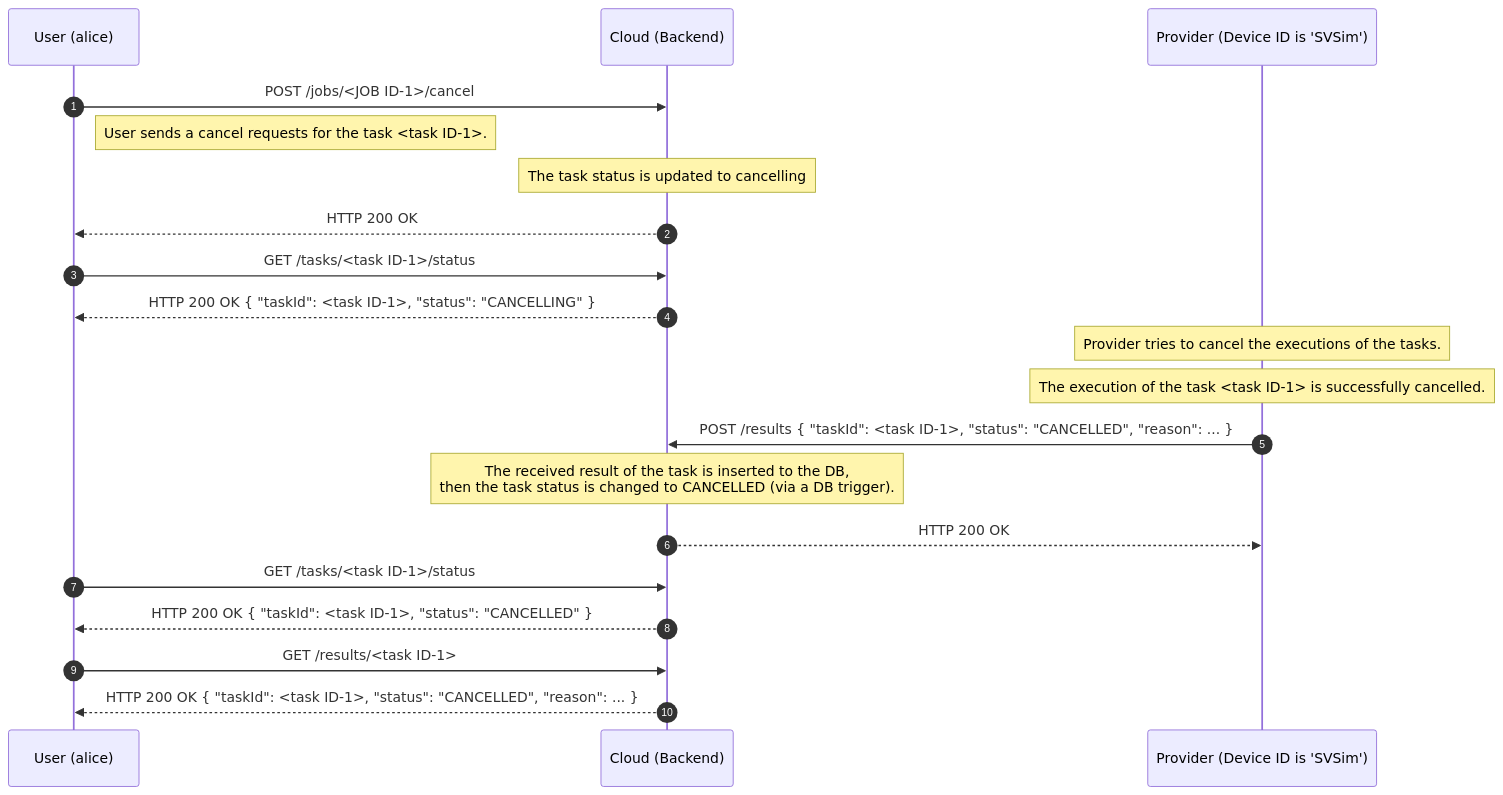
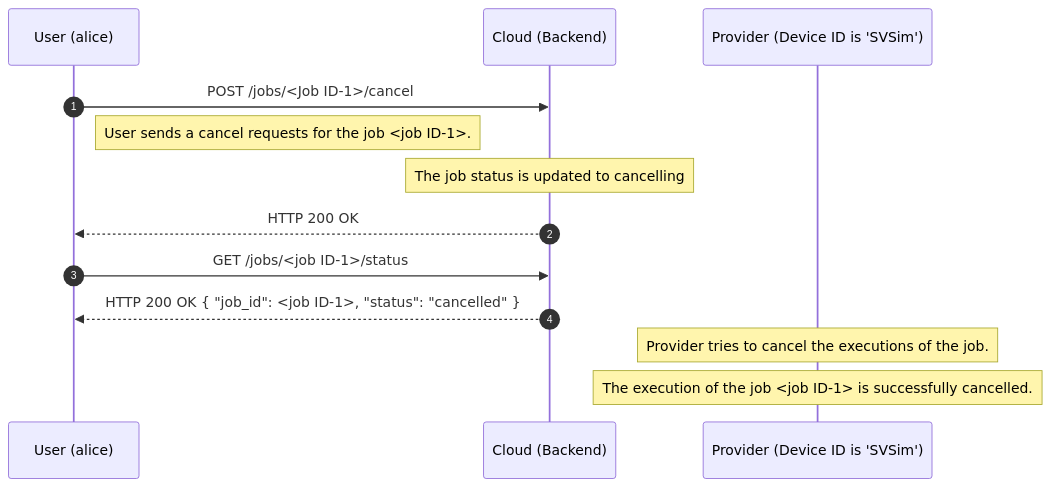
One commit to oqtopus-team/oqtopus-cloud changed the third of 3 diagrams in docs/en/architecture/sequence_diagram.md. Above: the diagram before and after it, drawn with Mermaid. The commit also changed other lines of this file and 4 other files, not shown here.

Commit message:
docs: Fix job sequence diagram

````diff
--- a/docs/en/architecture/sequence_diagram.md
+++ b/docs/en/architecture/sequence_diagram.md
@@ -138,28 +134,18 @@
 ```mermaid
 sequenceDiagram
     autonumber
     participant User as User (alice)
     participant Cloud as Cloud (Backend)
     participant Provider as Provider (Device ID is 'SVSim')
 
-    User->>Cloud: POST /jobs/<JOB ID-1>/cancel
-    Note right of User: User sends a cancel requests for the task <task ID-1>.
-    Note over Cloud: The task status is updated to cancelling
+    User->>Cloud: POST /jobs/<Job ID-1>/cancel
+    Note right of User: User sends a cancel requests for the job <job ID-1>.
+    Note over Cloud: The job status is updated to cancelling
     Cloud-->>User: HTTP 200 OK
 
-    User->>Cloud: GET /tasks/<task ID-1>/status
-    Cloud-->>User: HTTP 200 OK { "taskId": <task ID-1>, "status": "CANCELLING" }
+    User->>Cloud: GET /jobs/<job ID-1>/status
+    Cloud-->>User: HTTP 200 OK { "job_id": <job ID-1>, "status": "cancelled" }
 
-    Note over Provider: Provider tries to cancel the executions of the tasks.
-    Note over Provider: The execution of the task <task ID-1> is successfully cancelled.
-    Provider->>Cloud: POST /results { "taskId": <task ID-1>, "status": "CANCELLED", "reason": ... }
-
-    Note over Cloud: The received result of the task is inserted to the DB,<br> then the task status is changed to CANCELLED (via a DB trigger).
-    Cloud-->>Provider: HTTP 200 OK
-
-    User->>Cloud: GET /tasks/<task ID-1>/status
-    Cloud-->>User: HTTP 200 OK { "taskId": <task ID-1>, "status": "CANCELLED" }
-
-    User->>Cloud: GET /results/<task ID-1>
-    Cloud-->>User: HTTP 200 OK { "taskId": <task ID-1>, "status": "CANCELLED", "reason": ... }
+    Note over Provider: Provider tries to cancel the executions of the job.
+    Note over Provider: The execution of the job <job ID-1> is successfully cancelled.
 ```
````
